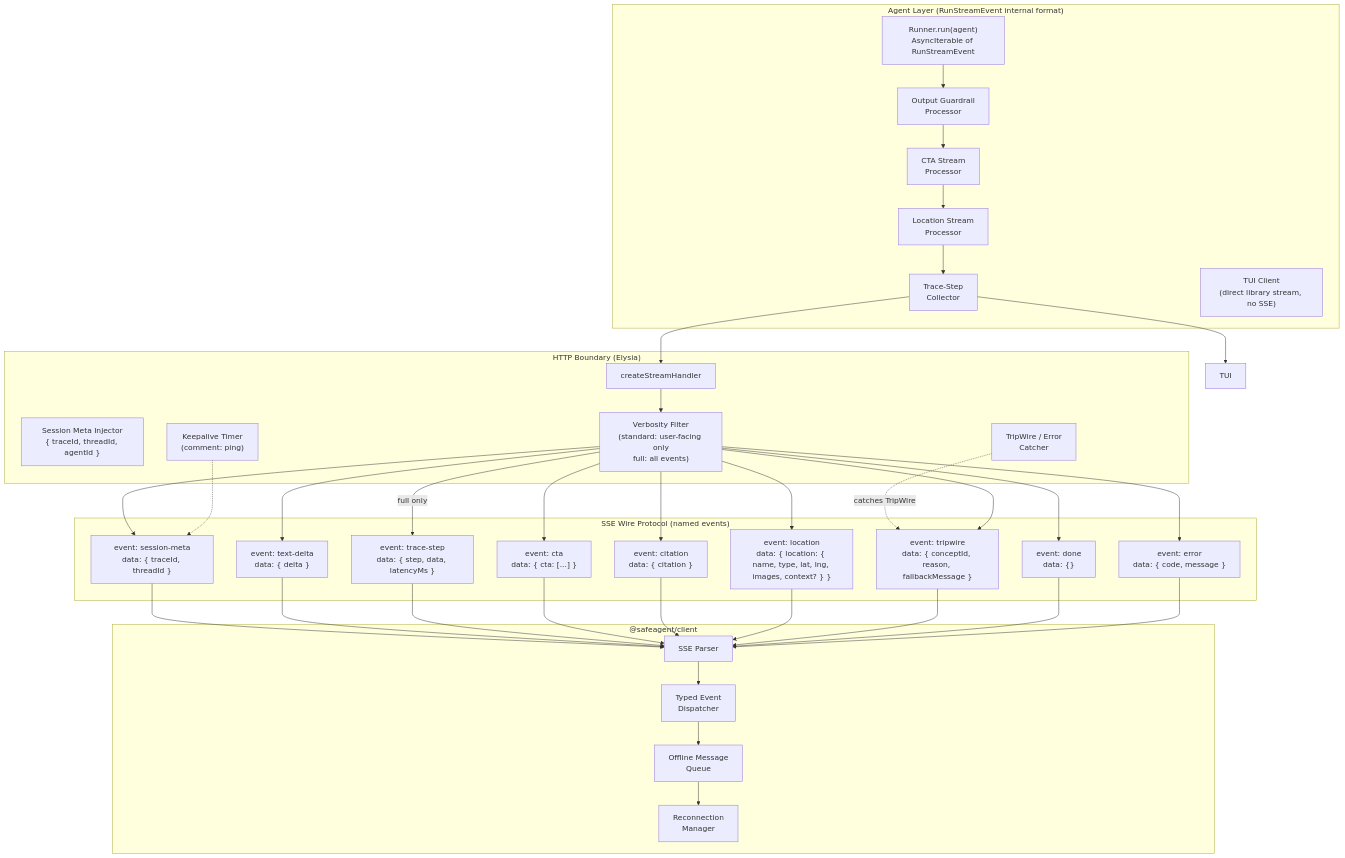
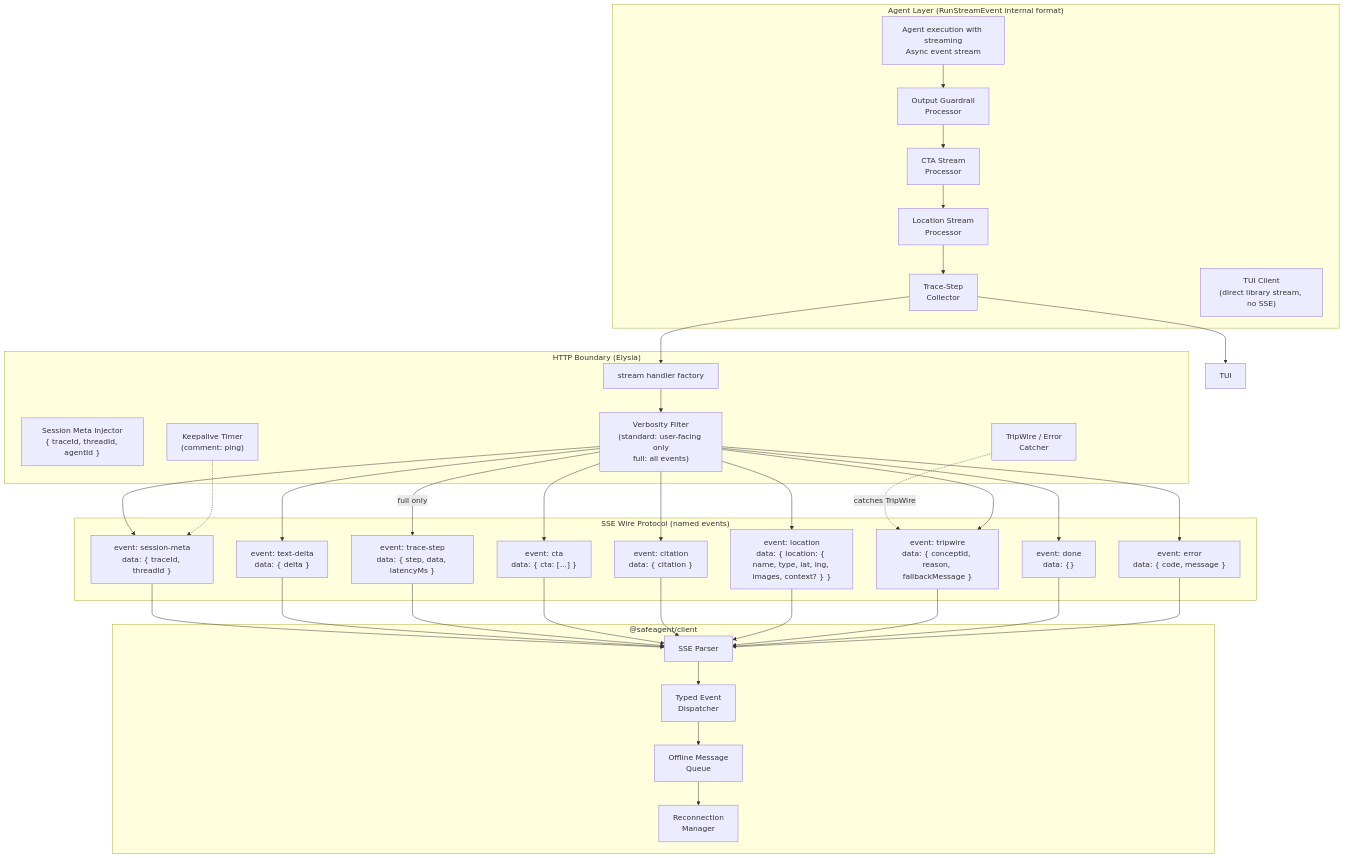
Before and after one commit to 1qh/safeagent: the first of 27 diagrams in plan/11-transport.md, drawn with Mermaid. The commit also changed other lines of this file and 18 other files, not shown here.

````diff
--- a/plan/11-transport.md
+++ b/plan/11-transport.md
@@ -29,50 +29,50 @@
 ```mermaid
 graph TB
     subgraph AGENT_LAYER["Agent Layer (RunStreamEvent internal format)"]
-        AGENT["Runner.run(agent)\nAsyncIterable of RunStreamEvent"]
+        AGENT["Agent execution with streaming\nAsync event stream"]
         GUARD_PROC["Output Guardrail\nProcessor"]
         CTA_PROC["CTA Stream\nProcessor"]
         LOC_PROC["Location Stream\nProcessor"]
         TRACE_COLLECT["Trace-Step\nCollector"]
         TUI_CLIENT["TUI Client\n(direct library stream, no SSE)"]
     end
 
     subgraph HTTP_BOUNDARY["HTTP Boundary (Elysia)"]
-        HANDLER["createStreamHandler"]
+        HANDLER["stream handler factory"]
         META_INJECT["Session Meta Injector\n{ traceId, threadId, agentId }"]
         VERBOSITY_FILTER["Verbosity Filter\n(standard: user-facing only\nfull: all events)"]
         KEEPALIVE["Keepalive Timer\n(comment: ping)"]
         ERR_CATCH["TripWire / Error\nCatcher"]
     end
 
     subgraph SSE_WIRE["SSE Wire Protocol (named events)"]
         EVT_META["event: session-meta\ndata: { traceId, threadId }"]
         EVT_TEXT["event: text-delta\ndata: { delta }"]
         EVT_TRACE["event: trace-step\ndata: { step, data, latencyMs }"]
         EVT_CTA["event: cta\ndata: { cta: [...] }"]
         EVT_CIT["event: citation\ndata: { citation }"]
         EVT_LOC["event: location\ndata: { location: { name, type, lat, lng, images, context? } }"]
         EVT_TRIP["event: tripwire\ndata: { conceptId, reason, fallbackMessage }"]
         EVT_DONE["event: done\ndata: {}"]
         EVT_ERR["event: error\ndata: { code, message }"]
     end
 
     subgraph CLIENT_SDK["@safeagent/client"]
         PARSER["SSE Parser"]
         TYPED["Typed Event\nDispatcher"]
         QUEUE["Offline Message\nQueue"]
         RECONNECT["Reconnection\nManager"]
     end
 
     AGENT --> GUARD_PROC --> CTA_PROC --> LOC_PROC --> TRACE_COLLECT
     TRACE_COLLECT --> TUI
     TRACE_COLLECT --> HANDLER
     HANDLER --> VERBOSITY_FILTER
     ERR_CATCH -.->|"catches TripWire"| EVT_TRIP
     VERBOSITY_FILTER --> EVT_META & EVT_TEXT & EVT_CTA & EVT_CIT & EVT_LOC & EVT_TRIP & EVT_DONE & EVT_ERR
     VERBOSITY_FILTER -->|"full only"| EVT_TRACE
     KEEPALIVE -.-> EVT_META
     EVT_META & EVT_TEXT & EVT_TRACE & EVT_CTA & EVT_CIT & EVT_LOC & EVT_TRIP & EVT_DONE & EVT_ERR --> PARSER
     PARSER --> TYPED --> QUEUE
     QUEUE --> RECONNECT
 ```
````
